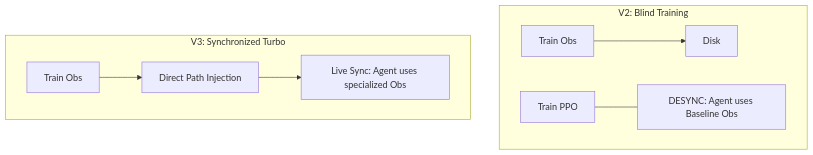
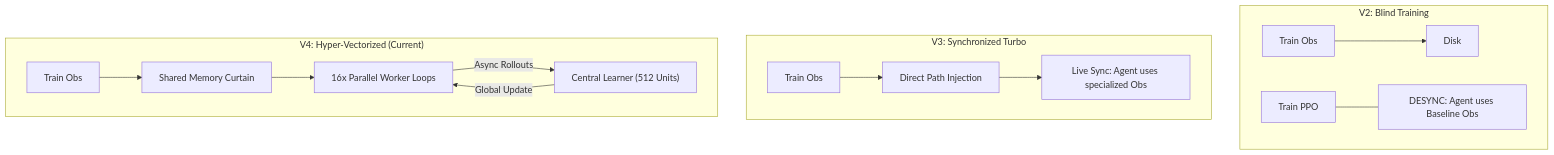
The sixth of 8 diagrams in README.md (didi-09/AI_DRIVEN_SOAR), drawn with Mermaid before and after one commit. The commit also changed other lines of this file, not shown here.

First line of the commit message:
Revise README for V3 evaluation and V4 architecture

````diff
--- a/README.md
+++ b/README.md
@@ -219,11 +219,17 @@
 ```mermaid
 graph TD
     subgraph "V2: Blind Training"
         Stage1_2[Train Obs] --> Save2[Disk]
         Stage2_2[Train PPO] --- Desync["DESYNC: Agent uses Baseline Obs"]
     end
     subgraph "V3: Synchronized Turbo"
         Stage1_3[Train Obs] --> Propagation["Direct Path Injection"]
         Propagation --> Stage2_3["Live Sync: Agent uses specialized Obs"]
     end
+    subgraph "V4: Hyper-Vectorized (Current)"
+        Stage1_4[Train Obs] --> Shared["Shared Memory Curtain"] 
+        Shared --> Workers["16x Parallel Worker Loops"]
+        Workers -->|Async Rollouts| PPO["Central Learner (512 Units)"]
+        PPO -->|Global Update| Workers
+    end
 ```
````
